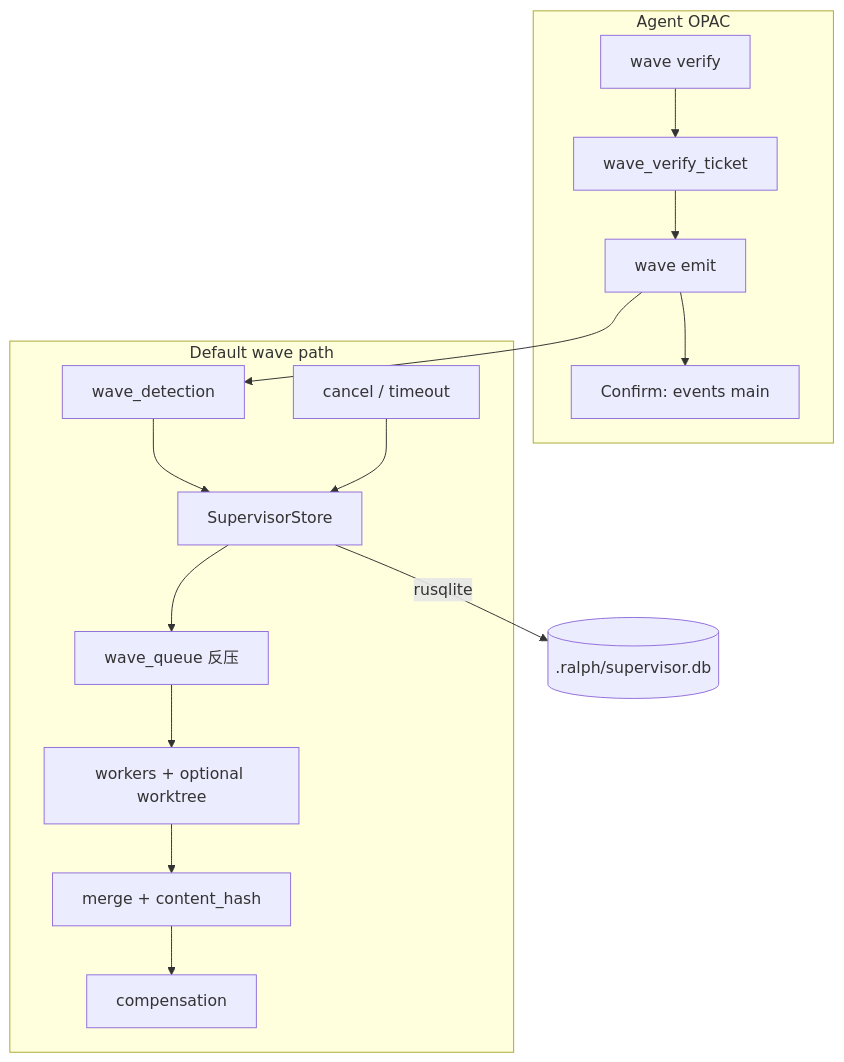
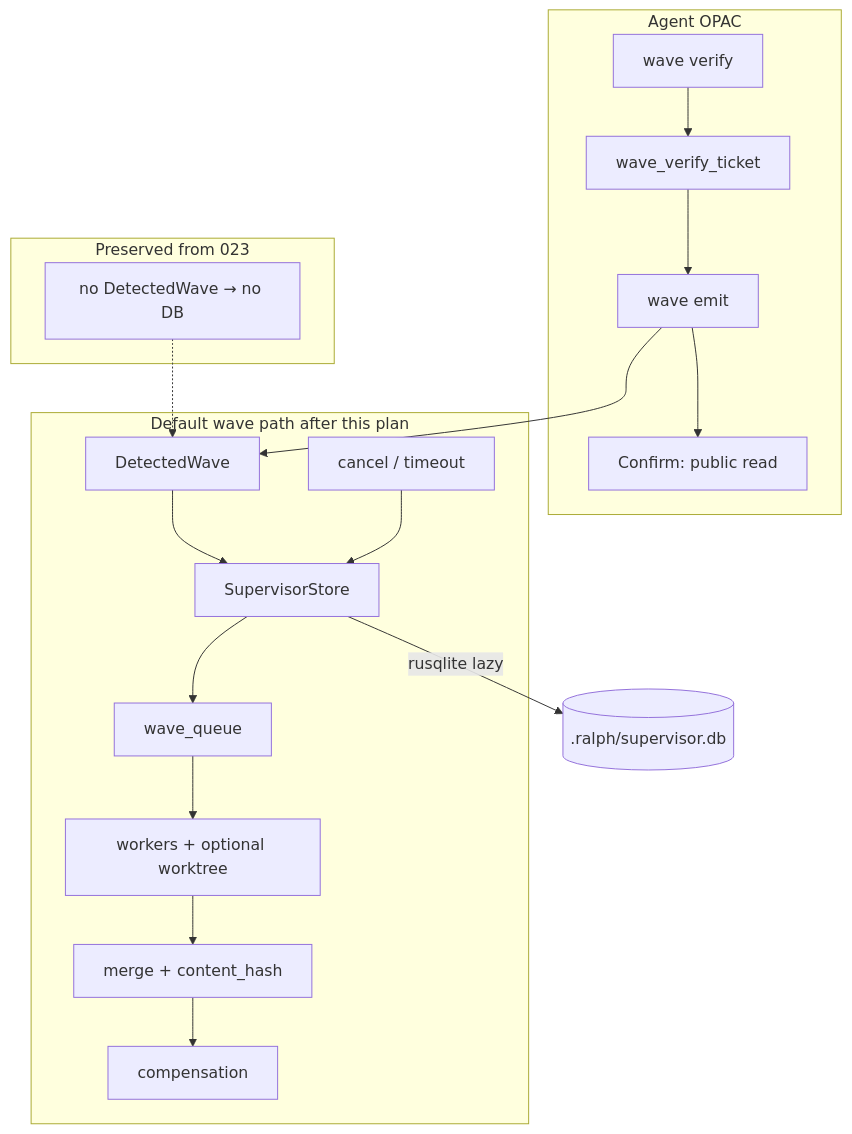
Before and after one commit to pittcat/ralph-orchestrator: the first of 2 diagrams in docs/plans/2026-07-22-001-feat-wave-protocol-suite-default-plan.md, drawn with Mermaid. The commit also changed other lines of this file and 1 other file, not shown here.

First line of the commit message:
docs(plan): wave 协议六件套默认计划 07-23 rebaseline 对齐 023-closure

````diff
--- a/docs/plans/2026-07-22-001-feat-wave-protocol-suite-default-plan.md
+++ b/docs/plans/2026-07-22-001-feat-wave-protocol-suite-default-plan.md
@@ -130,25 +199,29 @@
 ```mermaid
 flowchart TB
   subgraph agent [Agent OPAC]
     V[wave verify]
     T[wave_verify_ticket]
     E[wave emit]
-    C[Confirm: events main]
+    C[Confirm: public read]
     V --> T --> E --> C
   end
-  subgraph runtime [Default wave path]
-    D[wave_detection]
+  subgraph runtime [Default wave path after this plan]
+    D[DetectedWave]
     S[SupervisorStore]
-    Q[wave_queue 反压]
+    Q[wave_queue]
     W[workers + optional worktree]
     M[merge + content_hash]
     K[cancel / timeout]
     X[compensation]
     D --> S
     S --> Q --> W --> M
     K --> S
     M --> X
   end
+  subgraph gates [Preserved from 023]
+    P[no DetectedWave → no DB]
+  end
   E --> D
-  S -->|rusqlite| DB[(.ralph/supervisor.db)]
+  S -->|rusqlite lazy| DB[(.ralph/supervisor.db)]
+  P -.-> D
 ```
````
